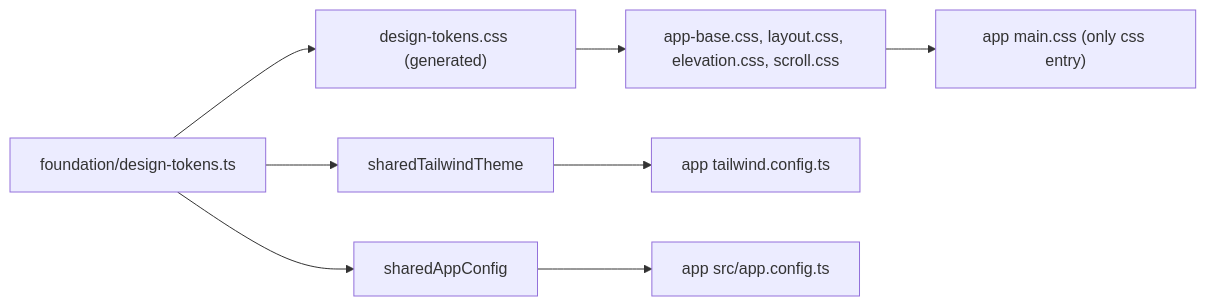
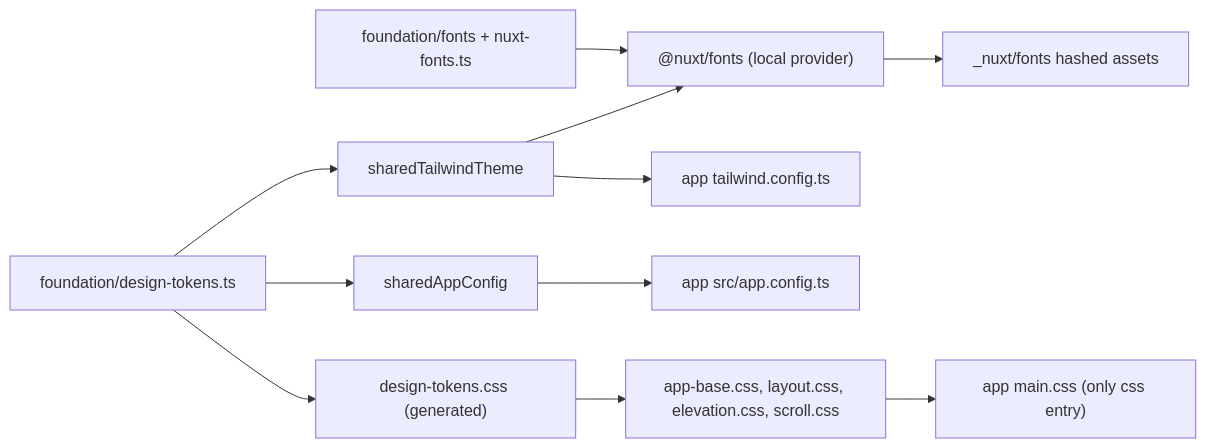
The diagram in docs/architecture/design-system/design-system.md (dauphaihau-arc/web), drawn with Mermaid before and after one commit. The commit also changed other lines of this file and 31 other files, not shown here.

````diff
--- a/docs/architecture/design-system/design-system.md
+++ b/docs/architecture/design-system/design-system.md
@@ -41,10 +41,13 @@
 ```mermaid
 flowchart LR
   tokens["foundation/design-tokens.ts"] --> css["design-tokens.css (generated)"]
   tokens --> tw["sharedTailwindTheme"]
   tokens --> appConfig["sharedAppConfig"]
   css --> base["app-base.css, layout.css, elevation.css, scroll.css"]
   base --> main["app main.css (only css entry)"]
   tw --> tailwind["app tailwind.config.ts"]
   appConfig --> appcfg["app src/app.config.ts"]
+  fontsrc["foundation/fonts + nuxt-fonts.ts"] --> nuxtfonts["@nuxt/fonts (local provider)"]
+  tw --> nuxtfonts
+  nuxtfonts --> fonts["_nuxt/fonts hashed assets"]
 ```
````
